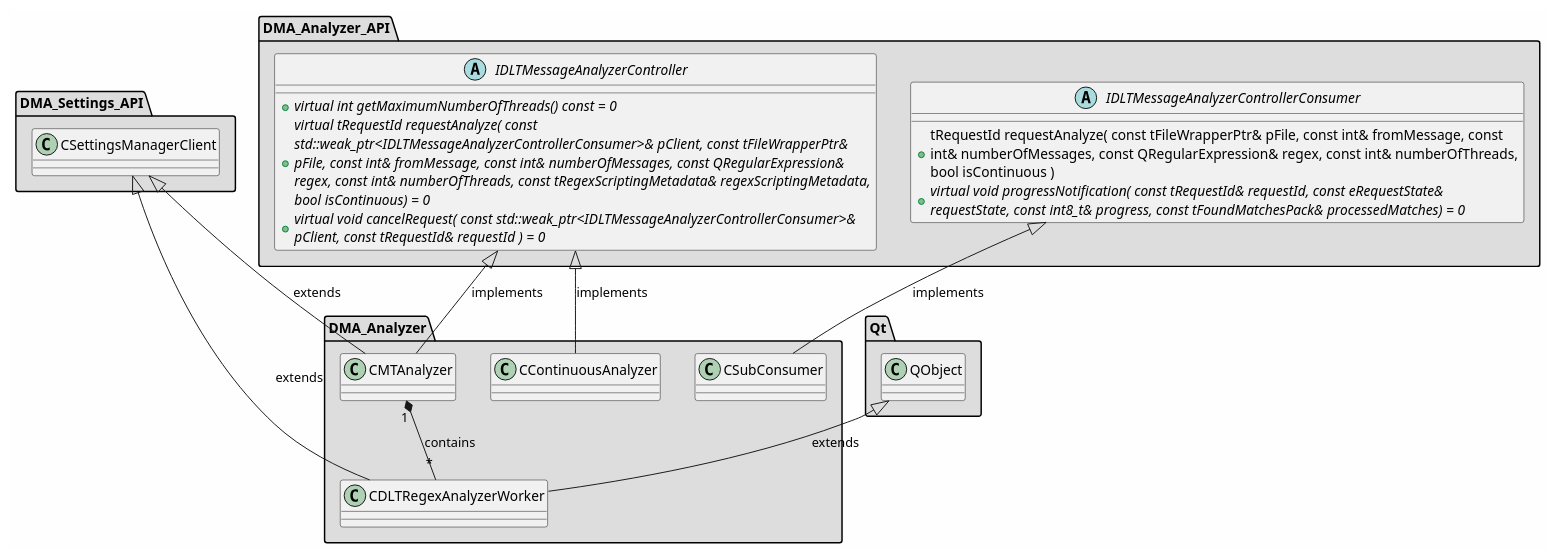
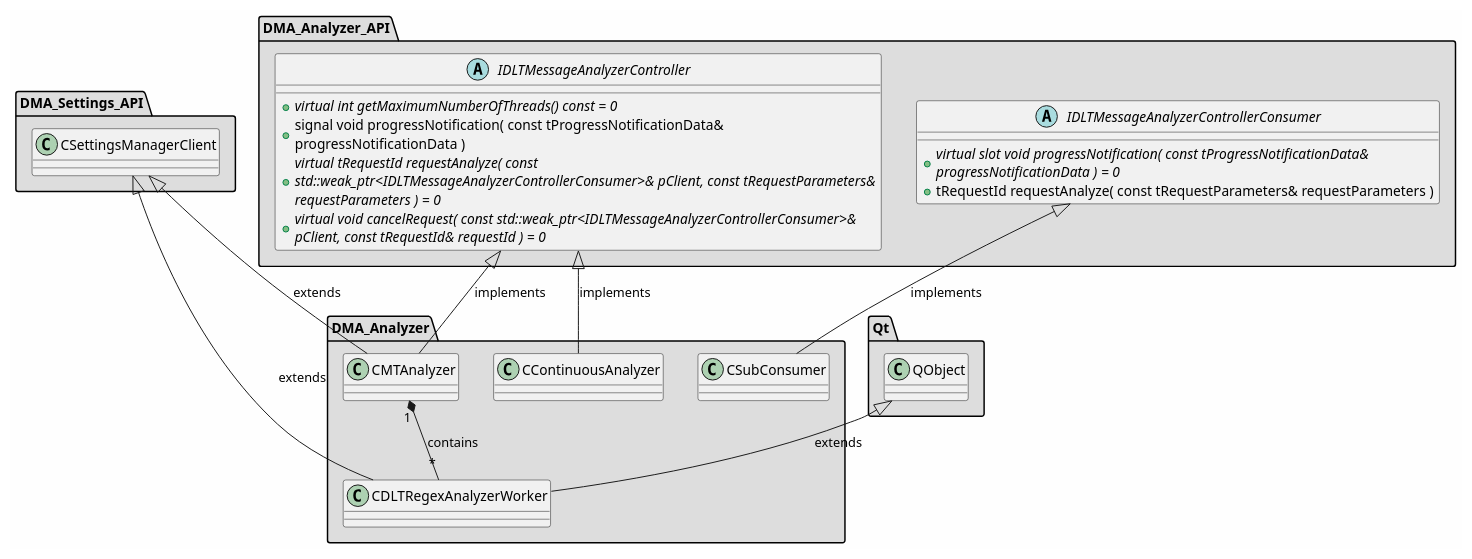
Before and after one commit to svlad-90/DLT-Message-Analyzer: the diagram in md/dev_docs/puml/DMA_Analyzer_standalone.puml, drawn with PlantUML. The commit also changed 42 other files, not shown here.

```diff
--- a/md/dev_docs/puml/DMA_Analyzer_standalone.puml
+++ b/md/dev_docs/puml/DMA_Analyzer_standalone.puml
@@ -2,73 +2,74 @@
 @startuml
 
 skinparam backgroundColor #FEFEFE
 skinparam wrapWidth 600
 package "DMA_Analyzer" #DDDDDD
 {
 
 class "CContinuousAnalyzer"
 {
 }
 
 class "CDLTRegexAnalyzerWorker"
 {
 }
 
 class "CMTAnalyzer"
 {
 }
 
 class "CSubConsumer"
 {
 }
 
 }
 
 package "DMA_Analyzer_API" #DDDDDD
 {
 
 abstract class "IDLTMessageAnalyzerController"
 {
     + {abstract} virtual int getMaximumNumberOfThreads() const = 0
-    + {abstract} virtual tRequestId requestAnalyze( const std::weak_ptr<IDLTMessageAnalyzerControllerConsumer>& pClient, const tFileWrapperPtr& pFile, const int& fromMessage, const int& numberOfMessages, const QRegularExpression& regex, const int& numberOfThreads, const tRegexScriptingMetadata& regexScriptingMetadata, bool isContinuous) = 0
+    + signal void progressNotification( const tProgressNotificationData& progressNotificationData )
+    + {abstract} virtual tRequestId requestAnalyze( const std::weak_ptr<IDLTMessageAnalyzerControllerConsumer>& pClient, const tRequestParameters& requestParameters ) = 0
     + {abstract} virtual void cancelRequest( const std::weak_ptr<IDLTMessageAnalyzerControllerConsumer>& pClient, const tRequestId& requestId ) = 0
 }
 
 abstract class "IDLTMessageAnalyzerControllerConsumer"
 {
-    + tRequestId requestAnalyze( const tFileWrapperPtr& pFile, const int& fromMessage, const int& numberOfMessages, const QRegularExpression& regex, const int& numberOfThreads, bool isContinuous )
-    + {abstract} virtual void progressNotification( const tRequestId& requestId, const eRequestState& requestState, const int8_t& progress, const tFoundMatchesPack& processedMatches) = 0
+    + {abstract} virtual slot void progressNotification( const tProgressNotificationData& progressNotificationData ) = 0
+    + tRequestId requestAnalyze( const tRequestParameters& requestParameters )
 }
 
 }
 
 package "DMA_Settings_API" #DDDDDD
 {
 
 class "CSettingsManagerClient"
 {
 }
 
 }
 
 package "Qt" #DDDDDD
 {
 
 class "QObject"
 {
 }
 
 }
 
 '====================Inheritance section====================
 IDLTMessageAnalyzerController <|-- CContinuousAnalyzer : implements
 CSettingsManagerClient <|-- CDLTRegexAnalyzerWorker : extends
 QObject <|-- CDLTRegexAnalyzerWorker : extends
 CSettingsManagerClient <|-- CMTAnalyzer : extends
 IDLTMessageAnalyzerController <|-- CMTAnalyzer : implements
 IDLTMessageAnalyzerControllerConsumer <|-- CSubConsumer : implements
 
 '====================Dependencies section====================
 CMTAnalyzer "1" *-- "*" CDLTRegexAnalyzerWorker : contains
 
 @enduml
```
